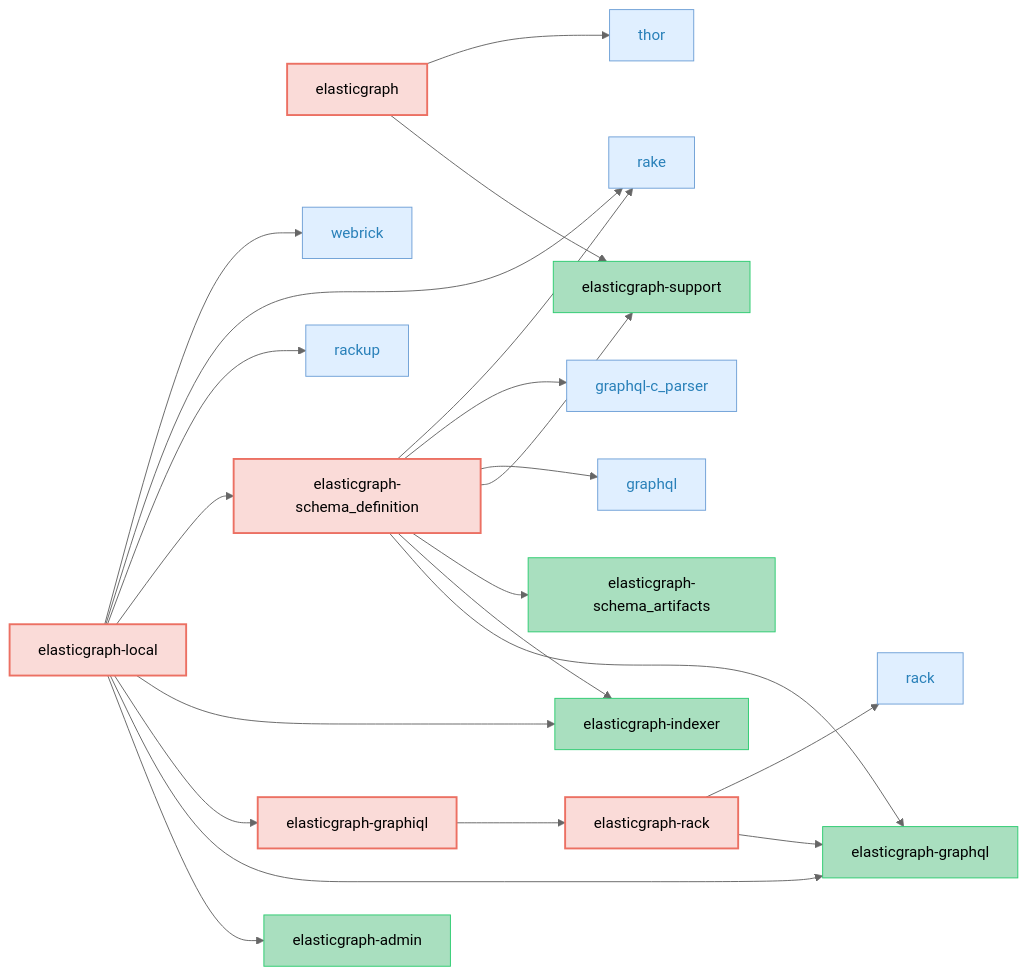
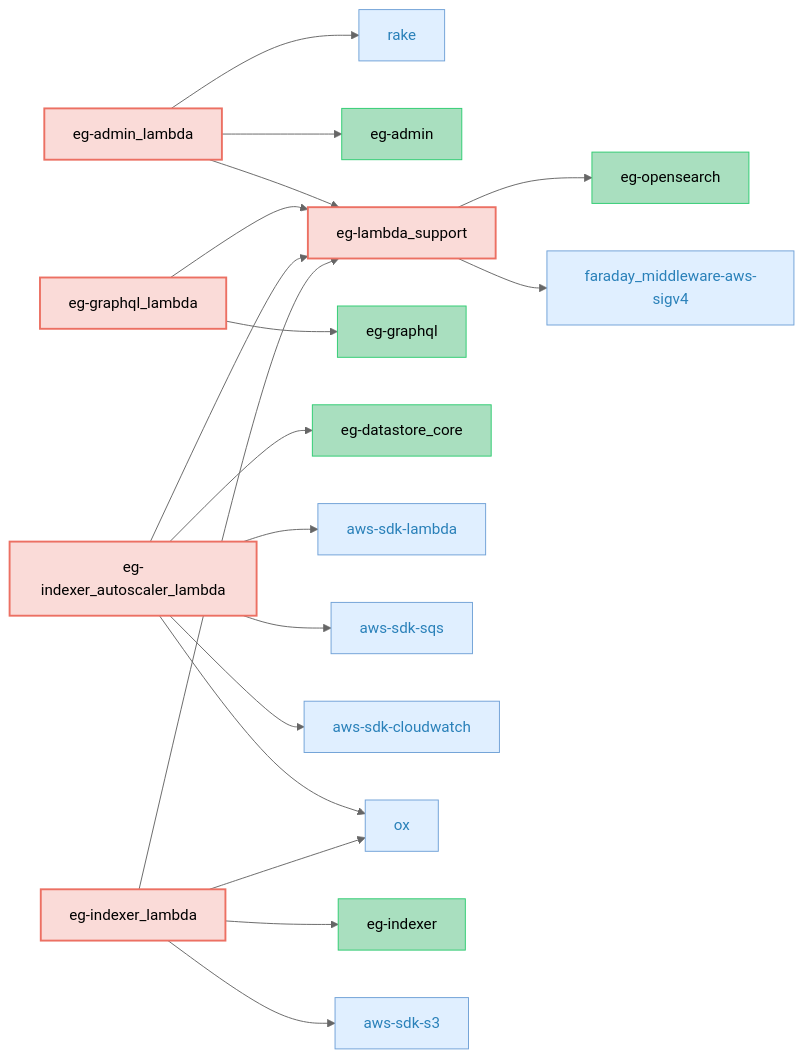
Before and after one commit to ciaran51/elasticgraph: the fifth of 5 diagrams in CODEBASE_OVERVIEW.md, drawn with Mermaid (neutral theme). The commit also changed 3 other files, not shown here.

````diff
--- a/CODEBASE_OVERVIEW.md
+++ b/CODEBASE_OVERVIEW.md
@@ -271,67 +275,64 @@
 ```mermaid
 graph LR;
     classDef targetGemStyle fill:#FADBD8,stroke:#EC7063,color:#000,stroke-width:2px;
     classDef otherEgGemStyle fill:#A9DFBF,stroke:#2ECC71,color:#000;
     classDef externalGemCatStyle fill:#E0EFFF,stroke:#70A1D7,color:#2980B9;
-    elasticgraph["elasticgraph"];
-    elasticgraph-support["elasticgraph-support"];
-    thor["thor"];
-    elasticgraph-graphiql["elasticgraph-graphiql"];
-    elasticgraph-rack["elasticgraph-rack"];
-    elasticgraph-local["elasticgraph-local"];
-    elasticgraph-admin["elasticgraph-admin"];
-    elasticgraph-graphql["elasticgraph-graphql"];
-    elasticgraph-indexer["elasticgraph-indexer"];
-    elasticgraph-schema_definition["elasticgraph-schema_definition"];
-    rackup["rackup"];
+    elasticgraph-admin_lambda["eg-admin_lambda"];
     rake["rake"];
-    webrick["webrick"];
-    rack["rack"];
-    elasticgraph-schema_artifacts["elasticgraph-schema_artifacts"];
-    graphql["graphql"];
-    graphql-c_parser["graphql-c_parser"];
-    elasticgraph --> elasticgraph-support;
-    elasticgraph --> thor;
-    elasticgraph-graphiql --> elasticgraph-rack;
-    elasticgraph-local --> elasticgraph-admin;
-    elasticgraph-local --> elasticgraph-graphql;
-    elasticgraph-local --> elasticgraph-graphiql;
-    elasticgraph-local --> elasticgraph-indexer;
-    elasticgraph-local --> elasticgraph-schema_definition;
-    elasticgraph-local --> rackup;
-    elasticgraph-local --> rake;
-    elasticgraph-local --> webrick;
-    elasticgraph-rack --> elasticgraph-graphql;
-    elasticgraph-rack --> rack;
-    elasticgraph-schema_definition --> elasticgraph-graphql;
-    elasticgraph-schema_definition --> elasticgraph-indexer;
-    elasticgraph-schema_definition --> elasticgraph-schema_artifacts;
-    elasticgraph-schema_definition --> elasticgraph-support;
-    elasticgraph-schema_definition --> graphql;
-    elasticgraph-schema_definition --> graphql-c_parser;
-    elasticgraph-schema_definition --> rake;
-    class elasticgraph targetGemStyle;
-    class elasticgraph-support otherEgGemStyle;
-    class thor externalGemCatStyle;
-    class elasticgraph-graphiql targetGemStyle;
-    class elasticgraph-rack targetGemStyle;
-    class elasticgraph-local targetGemStyle;
+    elasticgraph-admin["eg-admin"];
+    elasticgraph-lambda_support["eg-lambda_support"];
+    elasticgraph-graphql_lambda["eg-graphql_lambda"];
+    elasticgraph-graphql["eg-graphql"];
+    elasticgraph-indexer_autoscaler_lambda["eg-indexer_autoscaler_lambda"];
+    elasticgraph-datastore_core["eg-datastore_core"];
+    aws-sdk-lambda["aws-sdk-lambda"];
+    aws-sdk-sqs["aws-sdk-sqs"];
+    aws-sdk-cloudwatch["aws-sdk-cloudwatch"];
+    ox["ox"];
+    elasticgraph-indexer_lambda["eg-indexer_lambda"];
+    elasticgraph-indexer["eg-indexer"];
+    aws-sdk-s3["aws-sdk-s3"];
+    elasticgraph-opensearch["eg-opensearch"];
+    faraday_middleware-aws-sigv4["faraday_middleware-aws-sigv4"];
+    elasticgraph-admin_lambda --> rake;
+    elasticgraph-admin_lambda --> elasticgraph-admin;
+    elasticgraph-admin_lambda --> elasticgraph-lambda_support;
+    elasticgraph-graphql_lambda --> elasticgraph-graphql;
+    elasticgraph-graphql_lambda --> elasticgraph-lambda_support;
+    elasticgraph-indexer_autoscaler_lambda --> elasticgraph-datastore_core;
+    elasticgraph-indexer_autoscaler_lambda --> elasticgraph-lambda_support;
+    elasticgraph-indexer_autoscaler_lambda --> aws-sdk-lambda;
+    elasticgraph-indexer_autoscaler_lambda --> aws-sdk-sqs;
+    elasticgraph-indexer_autoscaler_lambda --> aws-sdk-cloudwatch;
+    elasticgraph-indexer_autoscaler_lambda --> ox;
+    elasticgraph-indexer_lambda --> elasticgraph-indexer;
+    elasticgraph-indexer_lambda --> elasticgraph-lambda_support;
+    elasticgraph-indexer_lambda --> aws-sdk-s3;
+    elasticgraph-indexer_lambda --> ox;
+    elasticgraph-lambda_support --> elasticgraph-opensearch;
+    elasticgraph-lambda_support --> faraday_middleware-aws-sigv4;
+    class elasticgraph-admin_lambda targetGemStyle;
+    class rake externalGemCatStyle;
     class elasticgraph-admin otherEgGemStyle;
+    class elasticgraph-lambda_support targetGemStyle;
+    class elasticgraph-graphql_lambda targetGemStyle;
     class elasticgraph-graphql otherEgGemStyle;
+    class elasticgraph-indexer_autoscaler_lambda targetGemStyle;
+    class elasticgraph-datastore_core otherEgGemStyle;
+    class aws-sdk-lambda externalGemCatStyle;
+    class aws-sdk-sqs externalGemCatStyle;
+    class aws-sdk-cloudwatch externalGemCatStyle;
+    class ox externalGemCatStyle;
+    class elasticgraph-indexer_lambda targetGemStyle;
     class elasticgraph-indexer otherEgGemStyle;
-    class elasticgraph-schema_definition targetGemStyle;
-    class rackup externalGemCatStyle;
-    class rake externalGemCatStyle;
-    class webrick externalGemCatStyle;
-    class rack externalGemCatStyle;
-    class elasticgraph-schema_artifacts otherEgGemStyle;
-    class graphql externalGemCatStyle;
-    class graphql-c_parser externalGemCatStyle;
-    click thor href "https://rubygems.org/gems/thor" "Open on RubyGems.org" _blank;
-    click rackup href "https://rubygems.org/gems/rackup" "Open on RubyGems.org" _blank;
+    class aws-sdk-s3 externalGemCatStyle;
+    class elasticgraph-opensearch otherEgGemStyle;
+    class faraday_middleware-aws-sigv4 externalGemCatStyle;
     click rake href "https://rubygems.org/gems/rake" "Open on RubyGems.org" _blank;
-    click webrick href "https://rubygems.org/gems/webrick" "Open on RubyGems.org" _blank;
-    click rack href "https://rubygems.org/gems/rack" "Open on RubyGems.org" _blank;
-    click graphql href "https://rubygems.org/gems/graphql" "Open on RubyGems.org" _blank;
-    click graphql-c_parser href "https://rubygems.org/gems/graphql-c_parser" "Open on RubyGems.org" _blank;
+    click aws-sdk-lambda href "https://rubygems.org/gems/aws-sdk-lambda" "Open on RubyGems.org" _blank;
+    click aws-sdk-sqs href "https://rubygems.org/gems/aws-sdk-sqs" "Open on RubyGems.org" _blank;
+    click aws-sdk-cloudwatch href "https://rubygems.org/gems/aws-sdk-cloudwatch" "Open on RubyGems.org" _blank;
+    click ox href "https://rubygems.org/gems/ox" "Open on RubyGems.org" _blank;
+    click aws-sdk-s3 href "https://rubygems.org/gems/aws-sdk-s3" "Open on RubyGems.org" _blank;
+    click faraday_middleware-aws-sigv4 href "https://rubygems.org/gems/faraday_middleware-aws-sigv4" "Open on RubyGems.org" _blank;
 ```
````
